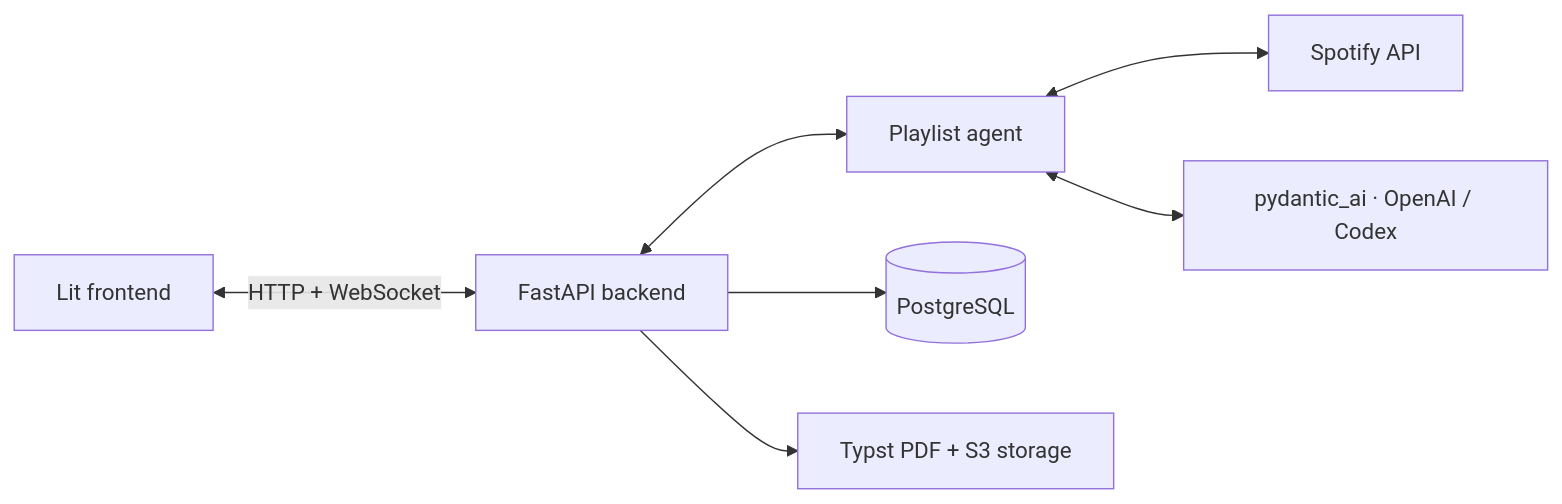
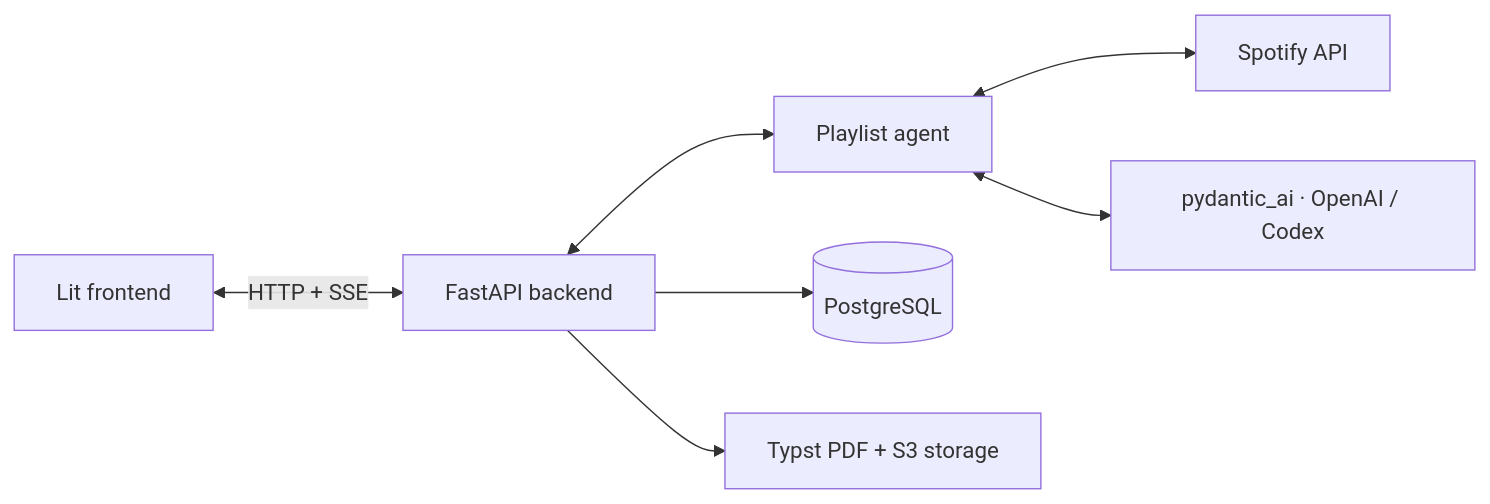
The diagram in README.md (mathisarends/prompster), drawn with Mermaid before and after one commit. The commit also changed other lines of this file and 3 other files, not shown here.

Commit message:
ci, docs: check the SSE contract and describe the HTTP streams

````diff
--- a/README.md
+++ b/README.md
@@ -72,9 +72,9 @@
 ```mermaid
 flowchart LR
-    UI[Lit frontend] <-->|HTTP + WebSocket| API[FastAPI backend]
+    UI[Lit frontend] <-->|HTTP + SSE| API[FastAPI backend]
     API <--> Agent[Playlist agent]
     Agent <--> Spotify[Spotify API]
     Agent <--> Models[pydantic_ai · OpenAI / Codex]
     API --> DB[(PostgreSQL)]
     API --> Export[Typst PDF + S3 storage]
 ```
````
